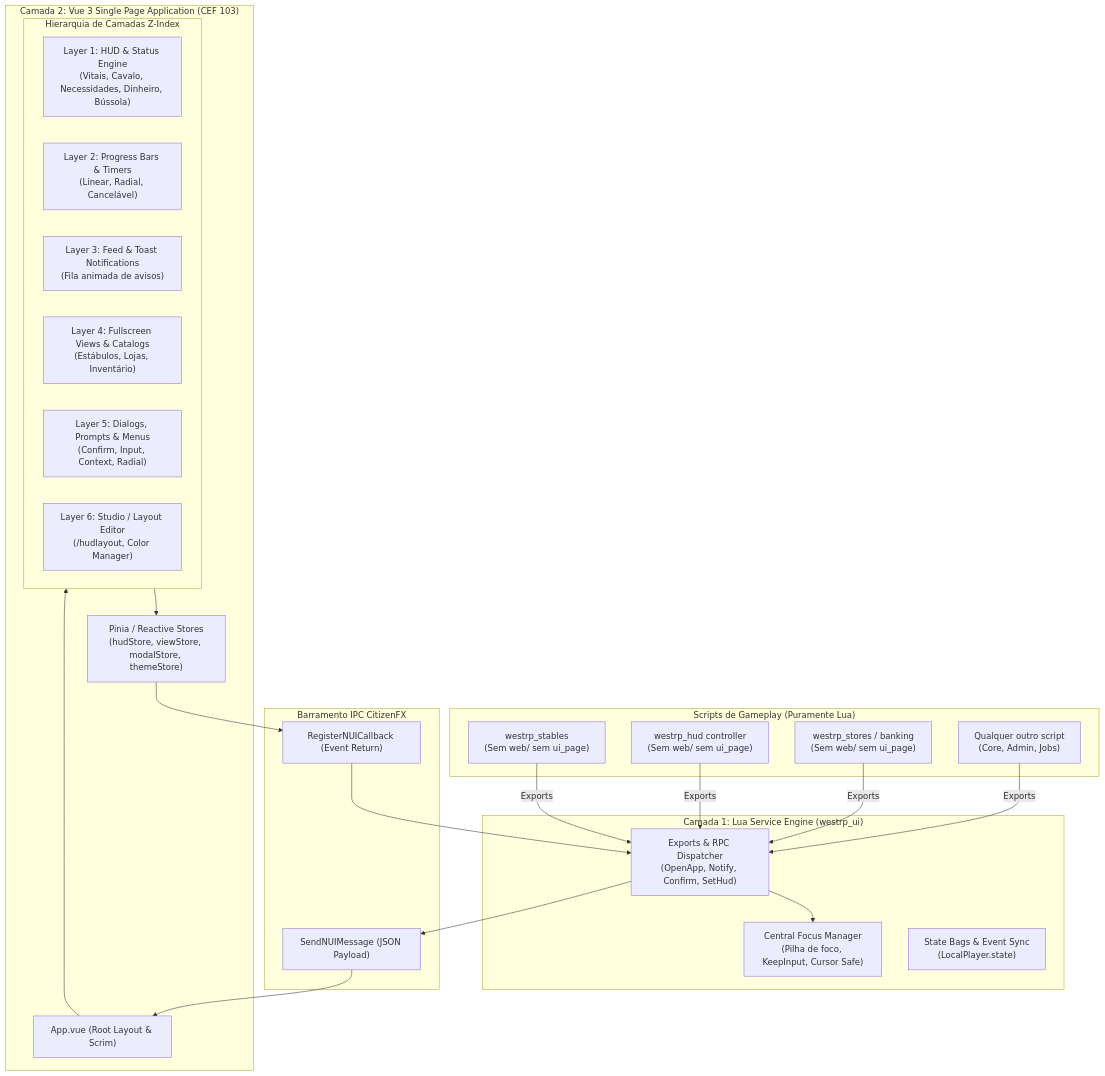
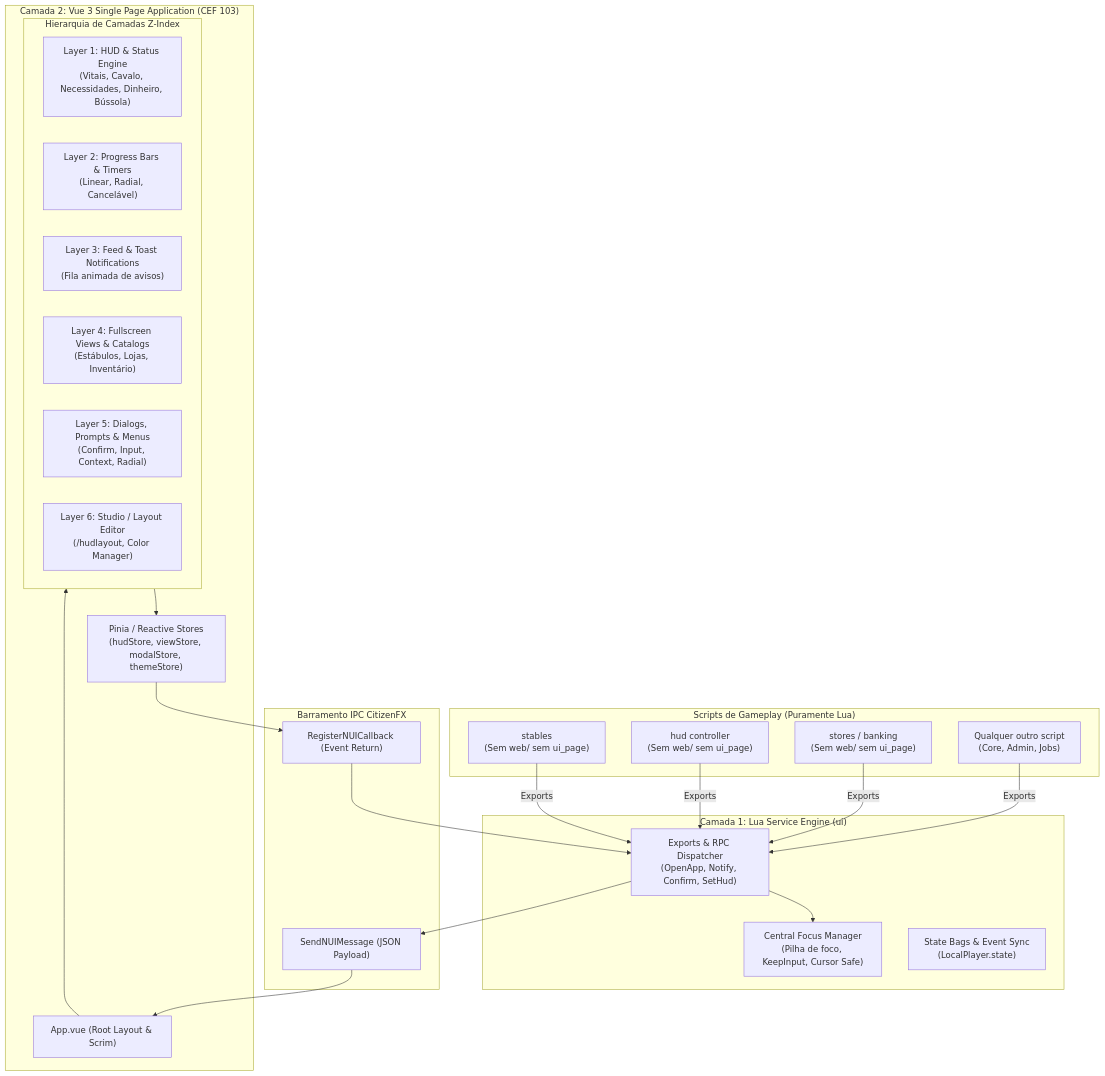
The diagram in [westrp]/[core]/ui/plans/00_ARCHITECTURE_SPEC.md (arthr/westrp-resources), drawn with Mermaid before and after one commit. The commit also changed other lines of this file and 16 other files, not shown here.

````diff
--- a/[westrp]/[core]/ui/plans/00_ARCHITECTURE_SPEC.md
+++ b/[westrp]/[core]/ui/plans/00_ARCHITECTURE_SPEC.md
@@ -33,48 +33,48 @@
 ```mermaid
 graph TD
     subgraph Game_Resources ["Scripts de Gameplay (Puramente Lua)"]
-        Stables["westrp_stables<br/>(Sem web/ sem ui_page)"]
-        HudController["westrp_hud controller<br/>(Sem web/ sem ui_page)"]
-        Stores["westrp_stores / banking<br/>(Sem web/ sem ui_page)"]
+        Stables["stables<br/>(Sem web/ sem ui_page)"]
+        HudController["hud controller<br/>(Sem web/ sem ui_page)"]
+        Stores["stores / banking<br/>(Sem web/ sem ui_page)"]
         Generic["Qualquer outro script<br/>(Core, Admin, Jobs)"]
     end
 
-    subgraph Lua_Bridge ["Camada 1: Lua Service Engine (westrp_ui)"]
+    subgraph Lua_Bridge ["Camada 1: Lua Service Engine (ui)"]
         ExportsAPI["Exports & RPC Dispatcher<br/>(OpenApp, Notify, Confirm, SetHud)"]
         FocusMgr["Central Focus Manager<br/>(Pilha de foco, KeepInput, Cursor Safe)"]
         StateBridge["State Bags & Event Sync<br/>(LocalPlayer.state)"]
     end
 
     subgraph NUI_IPC ["Barramento IPC CitizenFX"]
         SendNUI["SendNUIMessage (JSON Payload)"]
         NUICallbacks["RegisterNUICallback (Event Return)"]
     end
 
     subgraph Vue_Single_CEF ["Camada 2: Vue 3 Single Page Application (CEF 103)"]
         AppRoot["App.vue (Root Layout & Scrim)"]
         
         subgraph Layer_Stack ["Hierarquia de Camadas Z-Index"]
             L1_Hud["Layer 1: HUD & Status Engine<br/>(Vitais, Cavalo, Necessidades, Dinheiro, Bússola)"]
             L2_Progress["Layer 2: Progress Bars & Timers<br/>(Linear, Radial, Cancelável)"]
             L3_Toasts["Layer 3: Feed & Toast Notifications<br/>(Fila animada de avisos)"]
             L4_Views["Layer 4: Fullscreen Views & Catalogs<br/>(Estábulos, Lojas, Inventário)"]
             L5_Modals["Layer 5: Dialogs, Prompts & Menus<br/>(Confirm, Input, Context, Radial)"]
             L6_Dev["Layer 6: Studio / Layout Editor<br/>(/hudlayout, Color Manager)"]
         end
         
         StoreManager["Pinia / Reactive Stores<br/>(hudStore, viewStore, modalStore, themeStore)"]
     end
 
     Stables -->|Exports| ExportsAPI
     HudController -->|Exports| ExportsAPI
     Stores -->|Exports| ExportsAPI
     Generic -->|Exports| ExportsAPI
 
     ExportsAPI --> FocusMgr
     ExportsAPI --> SendNUI
     SendNUI --> AppRoot
     AppRoot --> Layer_Stack
     Layer_Stack --> StoreManager
     StoreManager --> NUICallbacks
     NUICallbacks --> ExportsAPI
 ```
````
